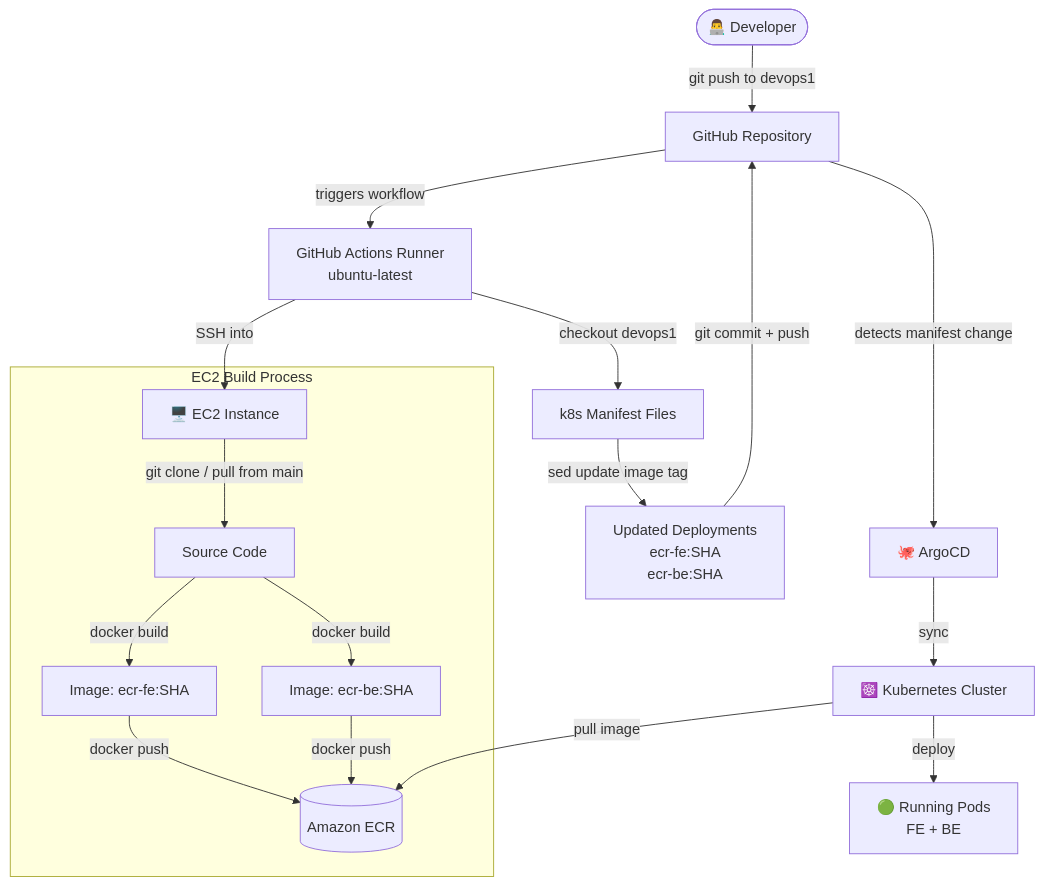
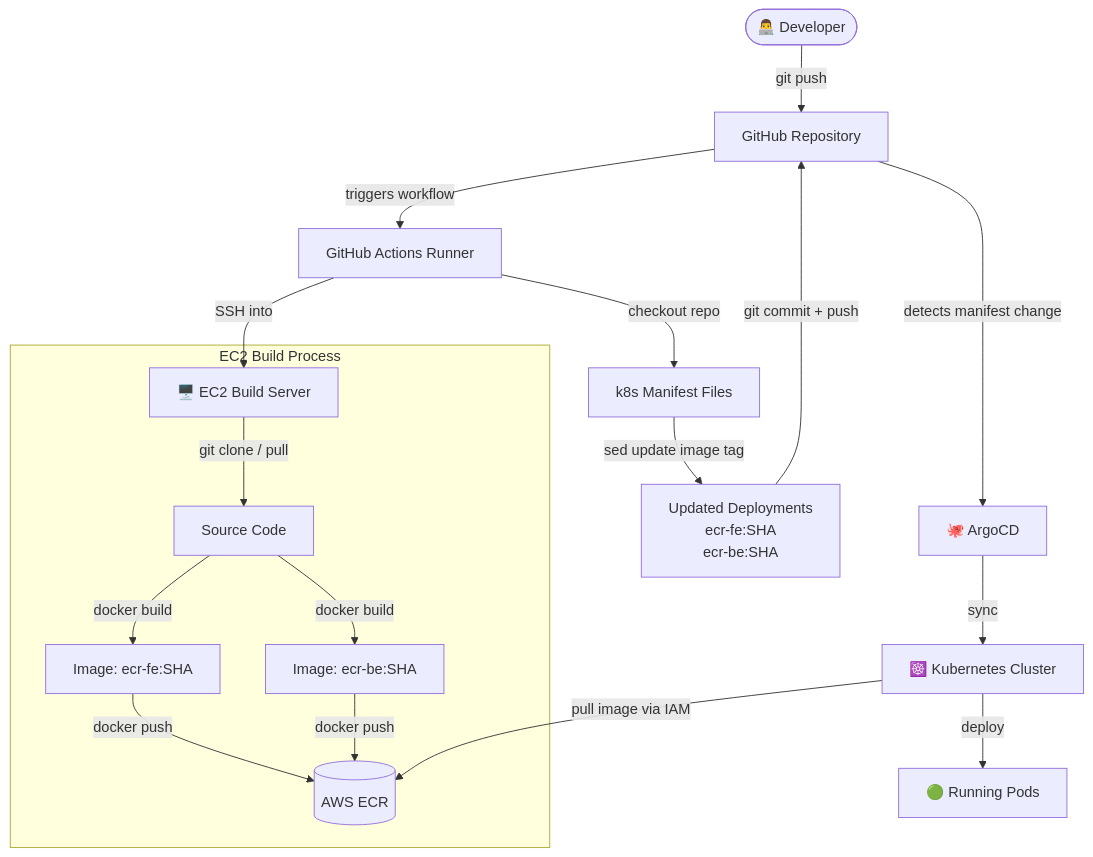
The first of 2 diagrams in .github/workflows/README.md (kien-devops/cicd-ecr-kube-ec2-gitaction), drawn with Mermaid before and after one commit. The commit also changed other lines of this file and 9 other files, not shown here.

Commit message:
docs: revamp all README files with badges, diagrams, and structured sections

````diff
--- a/.github/workflows/README.md
+++ b/.github/workflows/README.md
@@ -11,25 +15,25 @@
 ```mermaid
 flowchart TD
-    Dev([👨‍💻 Developer]) -->|git push to devops1| GH[GitHub Repository]
+    Dev([👨‍💻 Developer]) -->|git push| GH[GitHub Repository]
 
-    GH -->|triggers workflow| Runner[GitHub Actions Runner\nubuntu-latest]
+    GH -->|triggers workflow| Runner[GitHub Actions Runner]
 
-    Runner -->|SSH into| EC2[🖥️ EC2 Instance]
+    Runner -->|SSH into| EC2[🖥️ EC2 Build Server]
 
     subgraph EC2 Build Process
-        EC2 -->|git clone / pull from main| Repo[Source Code]
+        EC2 -->|git clone / pull| Repo[Source Code]
         Repo -->|docker build| ImgFE[Image: ecr-fe:SHA]
         Repo -->|docker build| ImgBE[Image: ecr-be:SHA]
-        ImgFE -->|docker push| ECR[(Amazon ECR)]
+        ImgFE -->|docker push| ECR[(AWS ECR)]
         ImgBE -->|docker push| ECR
     end
 
-    Runner -->|checkout devops1| Manifests[k8s Manifest Files]
+    Runner -->|checkout repo| Manifests[k8s Manifest Files]
     Manifests -->|sed update image tag| Updated[Updated Deployments\necr-fe:SHA\necr-be:SHA]
     Updated -->|git commit + push| GH
 
     GH -->|detects manifest change| ArgoCD[🐙 ArgoCD]
     ArgoCD -->|sync| K8s[☸️ Kubernetes Cluster]
-    K8s -->|pull image| ECR
-    K8s -->|deploy| Pods[🟢 Running Pods\nFE + BE]
+    K8s -->|pull image via IAM| ECR
+    K8s -->|deploy| Pods[🟢 Running Pods]
 ```
````
